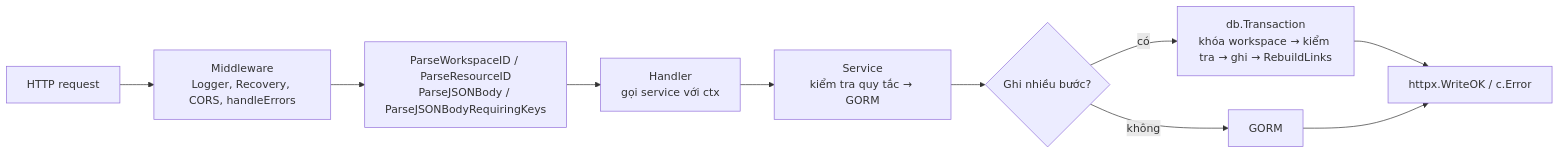
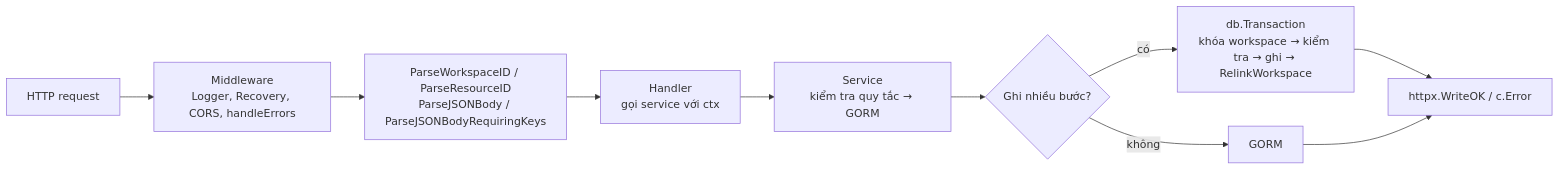
Before and after one commit to ngtrthvu3007/nodus: the second of 2 diagrams in docs/backend-map.md, drawn with Mermaid. The commit also changed other lines of this file and 16 other files, not shown here.

Commit message:
feat(go-nodus): resolve wiki-links by path and relink on tree changes

````diff
--- a/docs/backend-map.md
+++ b/docs/backend-map.md
@@ -67,12 +67,12 @@
 ```mermaid
 flowchart LR
     Req[HTTP request] --> MW[Middleware<br/>Logger, Recovery, CORS, handleErrors]
     MW --> Parse[ParseWorkspaceID / ParseResourceID<br/>ParseJSONBody / ParseJSONBodyRequiringKeys]
     Parse --> H[Handler<br/>gọi service với ctx]
     H --> S[Service<br/>kiểm tra quy tắc → GORM]
     S --> Tx{Ghi nhiều bước?}
-    Tx -- có --> Trans["db.Transaction<br/>khóa workspace → kiểm tra → ghi → RebuildLinks"]
+    Tx -- có --> Trans["db.Transaction<br/>khóa workspace → kiểm tra → ghi → RelinkWorkspace"]
     Tx -- không --> Query[GORM]
     Trans --> Res[httpx.WriteOK / c.Error]
     Query --> Res
 ```
````
